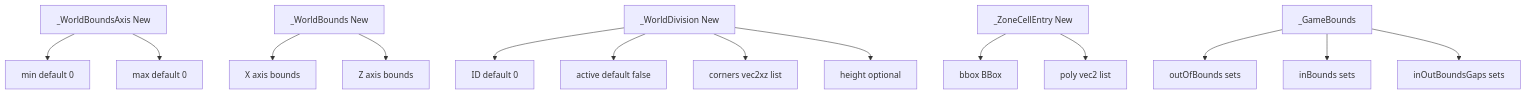
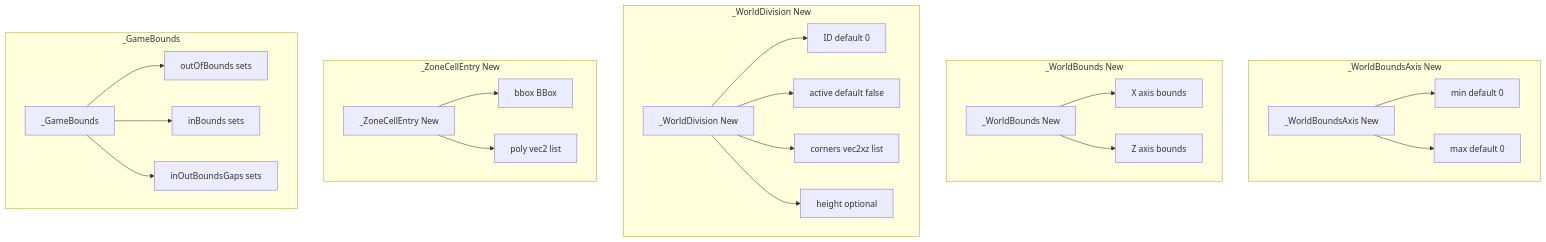
One commit to Gh0st352/AETHR changed the first of 3 diagrams in docs/types/bounds_and_world.md. Above: the diagram before and after it, drawn with Mermaid. The commit also changed other lines of this file and 8 other files, not shown here.

First line of the commit message:
docs(types, mermaid): normalize headings, restructure Mermaid diagrams, and standardize classes

````diff
--- a/docs/types/bounds_and_world.md
+++ b/docs/types/bounds_and_world.md
@@ -18,20 +18,51 @@
 ```mermaid
+%% shared theme: docs/_mermaid/theme.json %%
 flowchart TD
-  WBAX[_WorldBoundsAxis New] --> MIN[min default 0]
-  WBAX --> MAX[max default 0]
+  subgraph AXIS ["_WorldBoundsAxis New"]
+    WBAX[_WorldBoundsAxis New]
+    MIN[min default 0]
+    MAX[max default 0]
+    WBAX --> MIN
+    WBAX --> MAX
+  end
 
-  WB[_WorldBounds New] --> XAX[X axis bounds]
-  WB --> ZAX[Z axis bounds]
+  subgraph BOUNDS ["_WorldBounds New"]
+    WB[_WorldBounds New]
+    XAX[X axis bounds]
+    ZAX[Z axis bounds]
+    WB --> XAX
+    WB --> ZAX
+  end
 
-  WD[_WorldDivision New] --> ID[ID default 0]
-  WD --> ACT[active default false]
-  WD --> CNR[corners vec2xz list]
-  WD --> HGT[height optional]
+  subgraph DIVISION ["_WorldDivision New"]
+    WD[_WorldDivision New]
+    ID[ID default 0]
+    ACT[active default false]
+    CNR[corners vec2xz list]
+    HGT[height optional]
+    WD --> ID
+    WD --> ACT
+    WD --> CNR
+    WD --> HGT
+  end
 
-  ZCE[_ZoneCellEntry New] --> BB[bbox BBox]
-  ZCE --> POLY[poly vec2 list]
+  subgraph ZCE_SCOPE ["_ZoneCellEntry New"]
+    ZCE[_ZoneCellEntry New]
+    BB[bbox BBox]
+    POLY[poly vec2 list]
+    ZCE --> BB
+    ZCE --> POLY
+  end
 
-  GB[_GameBounds] --> OOB[outOfBounds sets]
-  GB --> IB[inBounds sets]
-  GB --> GAPS[inOutBoundsGaps sets]
+  subgraph GAME_BOUNDS ["_GameBounds"]
+    GB[_GameBounds]
+    OOB[outOfBounds sets]
+    IB[inBounds sets]
+    GAPS[inOutBoundsGaps sets]
+    GB --> OOB
+    GB --> IB
+    GB --> GAPS
+  end
+
+  class WBAX,MIN,MAX,WB,XAX,ZAX,WD,ID,ACT,CNR,HGT,ZCE,BB,POLY,GB,OOB,IB,GAPS class_data;
 ```
````
